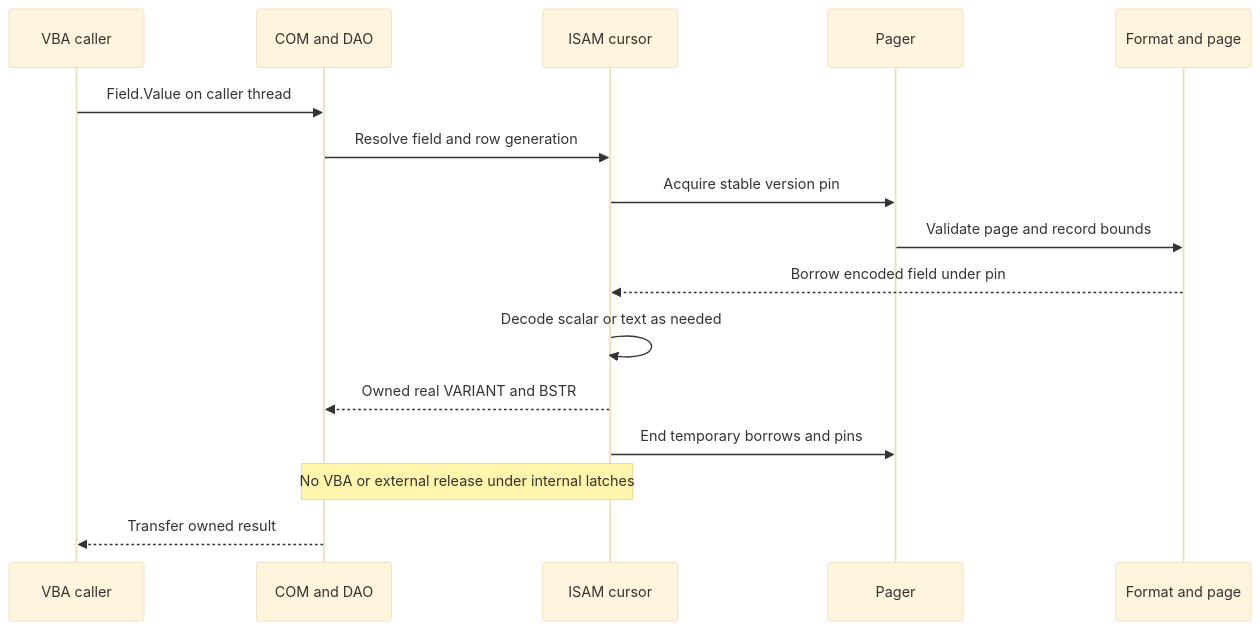
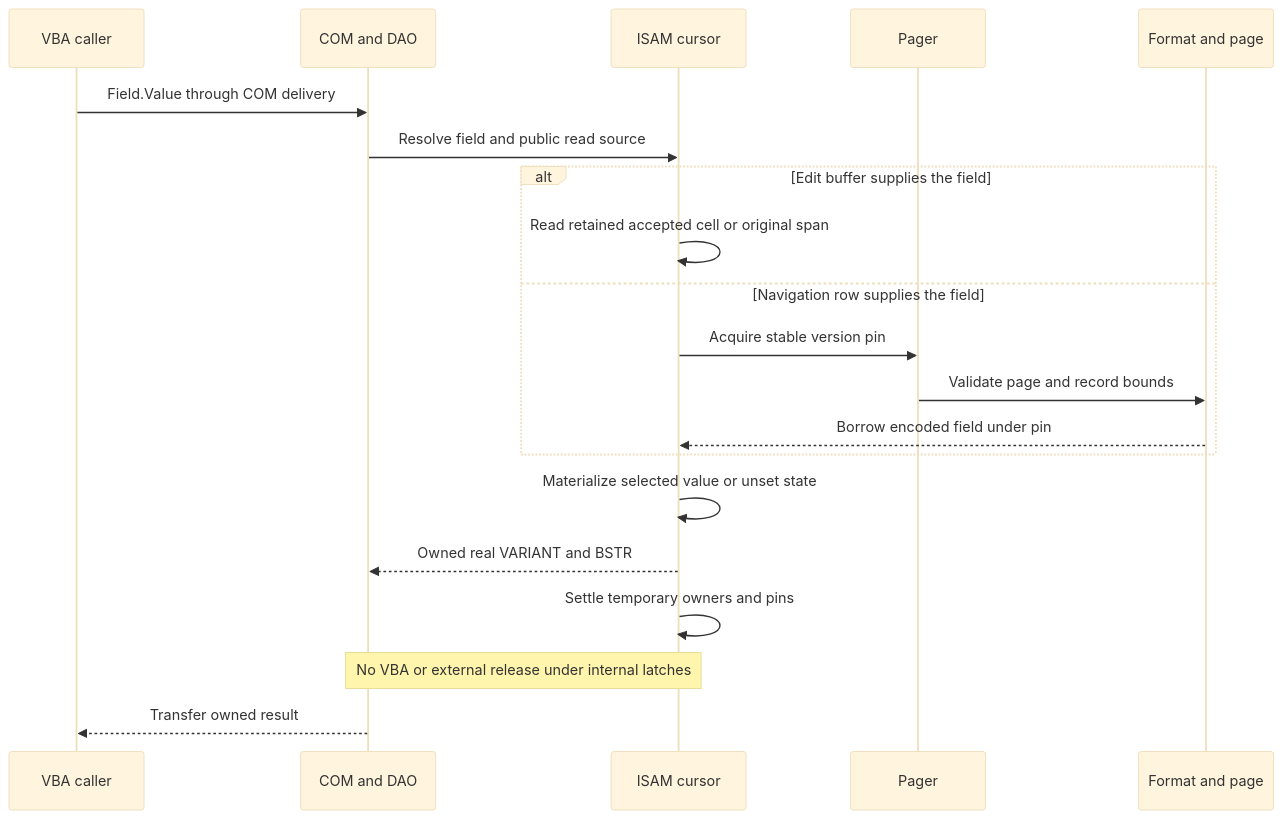
Before and after one commit to DnaCalc/CalcDb: the diagram in docs/book/I-02-values.md, drawn with Mermaid (base theme). The commit also changed other lines of this file and 41 other files, not shown here.

````diff
--- a/docs/book/I-02-values.md
+++ b/docs/book/I-02-values.md
@@ -47,18 +47,22 @@
 ```mermaid
 sequenceDiagram
     participant V as VBA caller
     participant D as COM and DAO
     participant C as ISAM cursor
     participant P as Pager
     participant F as Format and page
-    V->>D: Field.Value on caller thread
-    D->>C: Resolve field and row generation
-    C->>P: Acquire stable version pin
-    P->>F: Validate page and record bounds
-    F-->>C: Borrow encoded field under pin
-    C->>C: Decode scalar or text as needed
+    V->>D: Field.Value through COM delivery
+    D->>C: Resolve field and public read source
+    alt Edit buffer supplies the field
+        C->>C: Read retained accepted cell or original span
+    else Navigation row supplies the field
+        C->>P: Acquire stable version pin
+        P->>F: Validate page and record bounds
+        F-->>C: Borrow encoded field under pin
+    end
+    C->>C: Materialize selected value or unset state
     C-->>D: Owned real VARIANT and BSTR
-    C->>P: End temporary borrows and pins
+    C->>C: Settle temporary owners and pins
     Note over D,C: No VBA or external release under internal latches
     D-->>V: Transfer owned result
 ```
````
